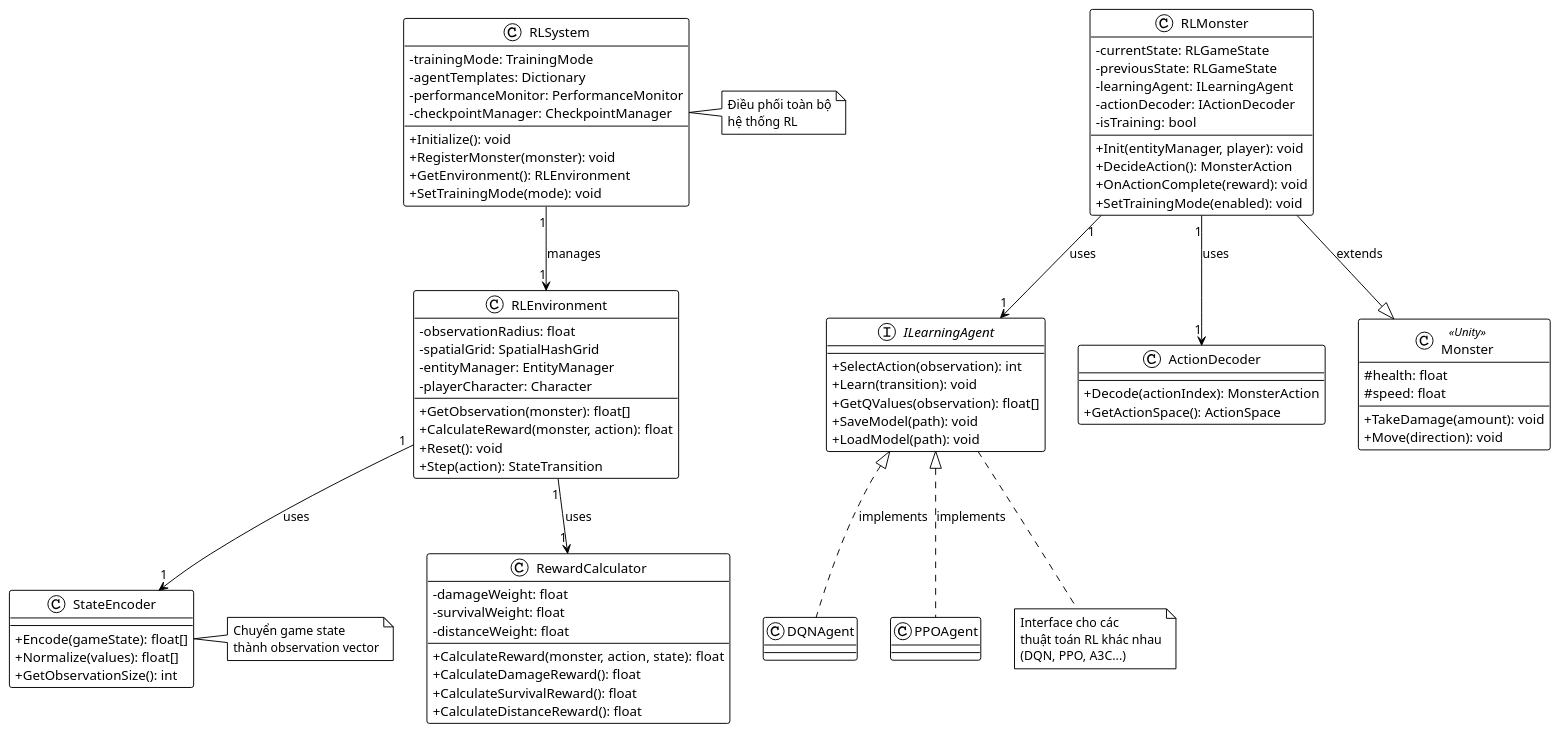
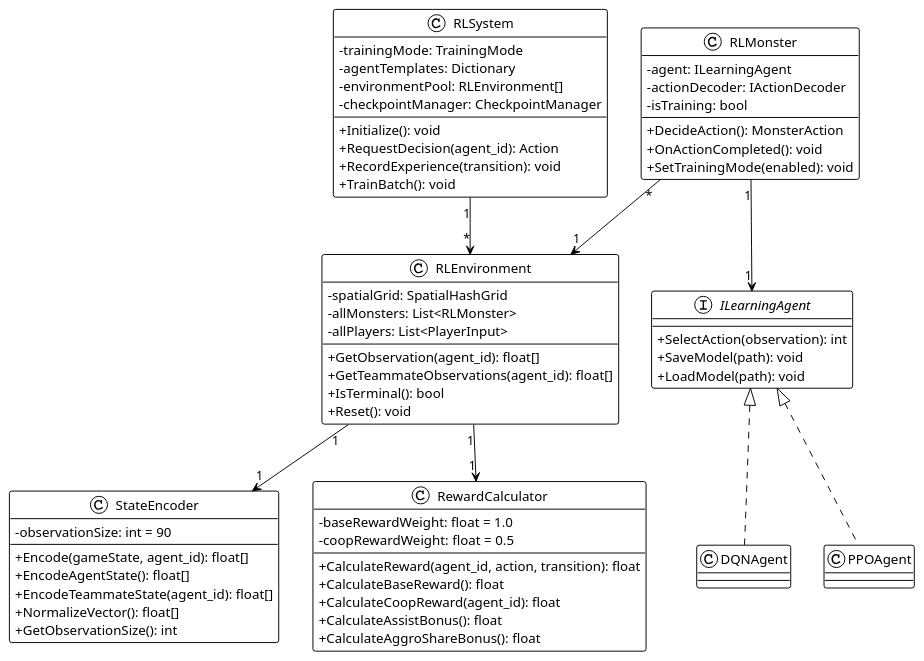
Before and after one commit to KhanhLvFlaZ/VampireSurvivors: the second of 7 diagrams in docs/2.1_Phan_tich_he_thong.md, drawn with PlantUML. The commit also changed other lines of this file and 139 other files, not shown here.

First line of the commit message:
feat: Add use case diagrams for RL action inference and model training

````diff
--- a/docs/2.1_Phan_tich_he_thong.md
+++ b/docs/2.1_Phan_tich_he_thong.md
@@ -379,103 +328,72 @@
 class RLSystem {
   - trainingMode: TrainingMode
   - agentTemplates: Dictionary
-  - performanceMonitor: PerformanceMonitor
+  - environmentPool: RLEnvironment[]
   - checkpointManager: CheckpointManager
   __
   + Initialize(): void
-  + RegisterMonster(monster): void
-  + GetEnvironment(): RLEnvironment
-  + SetTrainingMode(mode): void
+  + RequestDecision(agent_id): Action
+  + RecordExperience(transition): void
+  + TrainBatch(): void
 }
 
 class RLEnvironment {
-  - observationRadius: float
   - spatialGrid: SpatialHashGrid
-  - entityManager: EntityManager
-  - playerCharacter: Character
+  - allMonsters: List<RLMonster>
+  - allPlayers: List<PlayerInput>
   __
-  + GetObservation(monster): float[]
-  + CalculateReward(monster, action): float
+  + GetObservation(agent_id): float[]
+  + GetTeammateObservations(agent_id): float[]
+  + IsTerminal(): bool
   + Reset(): void
-  + Step(action): StateTransition
 }
 
 class StateEncoder {
-  + Encode(gameState): float[]
-  + Normalize(values): float[]
+  - observationSize: int = 90
+  __
+  + Encode(gameState, agent_id): float[]
+  + EncodeAgentState(): float[]
+  + EncodeTeammateState(agent_id): float[]
+  + NormalizeVector(): float[]
   + GetObservationSize(): int
+}
+
+class RLMonster {
+  - agent: ILearningAgent
+  - actionDecoder: IActionDecoder
+  - isTraining: bool
+  __
+  + DecideAction(): MonsterAction
+  + OnActionCompleted(): void
+  + SetTrainingMode(enabled): void
+}
+
+class RewardCalculator {
+  - baseRewardWeight: float = 1.0
+  - coopRewardWeight: float = 0.5
+  __
+  + CalculateReward(agent_id, action, transition): float
+  + CalculateBaseReward(): float
+  + CalculateCoopReward(agent_id): float
+  + CalculateAssistBonus(): float
+  + CalculateAggroShareBonus(): float
 }
 
 interface ILearningAgent {
   + SelectAction(observation): int
-  + Learn(transition): void
-  + GetQValues(observation): float[]
   + SaveModel(path): void
   + LoadModel(path): void
 }
 
-class RLMonster {
-  - currentState: RLGameState
-  - previousState: RLGameState
-  - learningAgent: ILearningAgent
-  - actionDecoder: IActionDecoder
-  - isTraining: bool
-  __
-  + Init(entityManager, player): void
-  + DecideAction(): MonsterAction
-  + OnActionComplete(reward): void
-  + SetTrainingMode(enabled): void
-}
-
-class RewardCalculator {
-  - damageWeight: float
-  - survivalWeight: float
-  - distanceWeight: float
-  __
-  + CalculateReward(monster, action, state): float
-  + CalculateDamageReward(): float
-  + CalculateSurvivalReward(): float
-  + CalculateDistanceReward(): float
-}
-
-class ActionDecoder {
-  + Decode(actionIndex): MonsterAction
-  + GetActionSpace(): ActionSpace
-}
-
-class Monster <<Unity>> {
-  # health: float
-  # speed: float
-  __
-  + TakeDamage(amount): void
-  + Move(direction): void
-}
+class DQNAgent implements ILearningAgent
+class PPOAgent implements ILearningAgent
 
 ' Relationships
-RLSystem "1" --> "1" RLEnvironment : manages
-RLEnvironment "1" --> "1" StateEncoder : uses
-RLEnvironment "1" --> "1" RewardCalculator : uses
-RLMonster "1" --> "1" ILearningAgent : uses
-RLMonster "1" --> "1" ActionDecoder : uses
-RLMonster --|> Monster : extends
-ILearningAgent <|.. "DQNAgent" : implements
-ILearningAgent <|.. "PPOAgent" : implements
-
-note right of RLSystem
-  Điều phối toàn bộ
-  hệ thống RL
-end note
-
-note right of StateEncoder
-  Chuyển game state
-  thành observation vector
-end note
-
-note bottom of ILearningAgent
-  Interface cho các
-  thuật toán RL khác nhau
-  (DQN, PPO, A3C...)
-end note
+RLSystem "1" --> "*" RLEnvironment
+RLEnvironment "1" --> "1" StateEncoder
+RLEnvironment "1" --> "1" RewardCalculator
+RLMonster "1" --> "1" ILearningAgent
+RLMonster "*" --> "1" RLEnvironment
 
 @enduml
 ```
````
